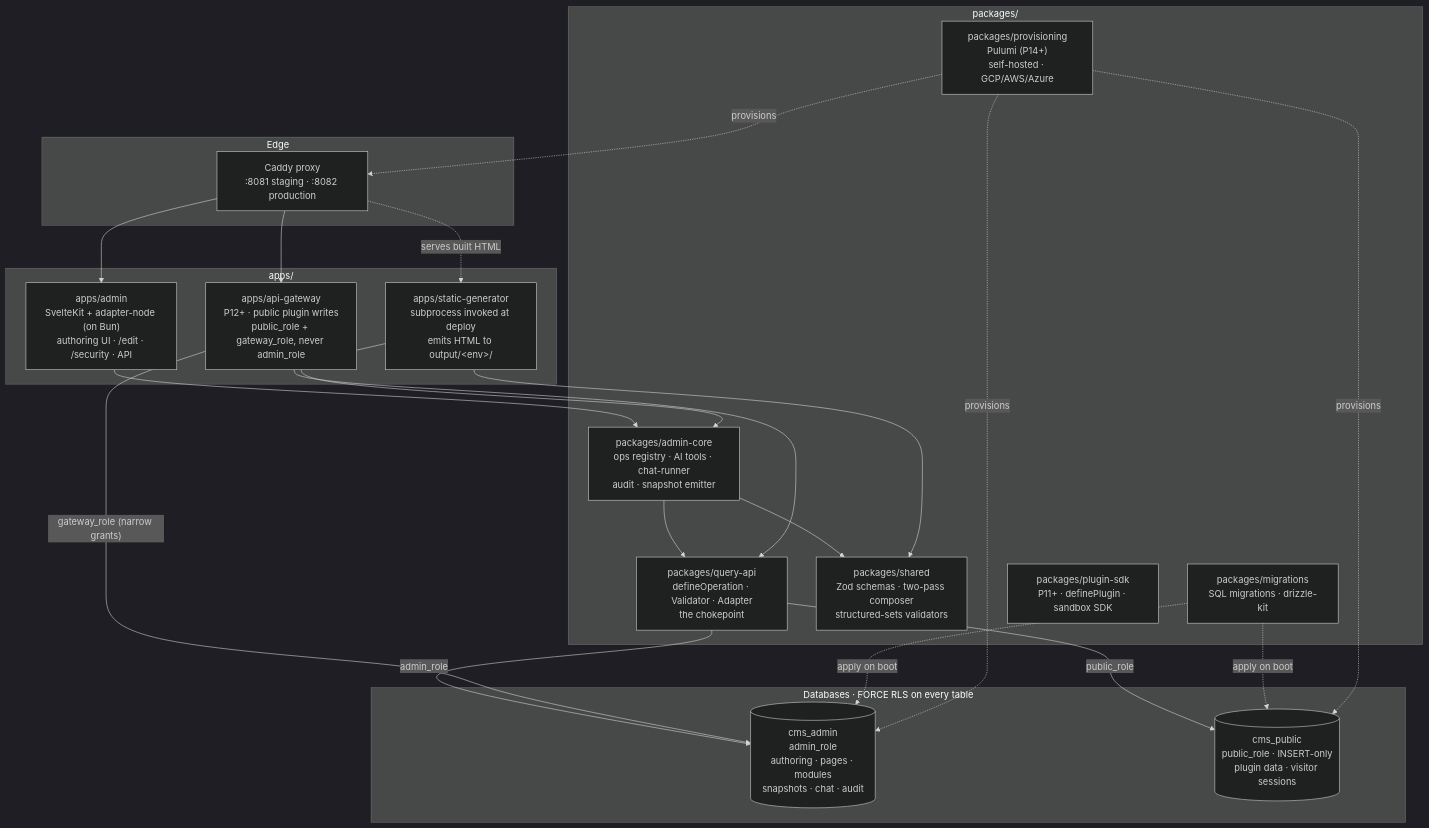
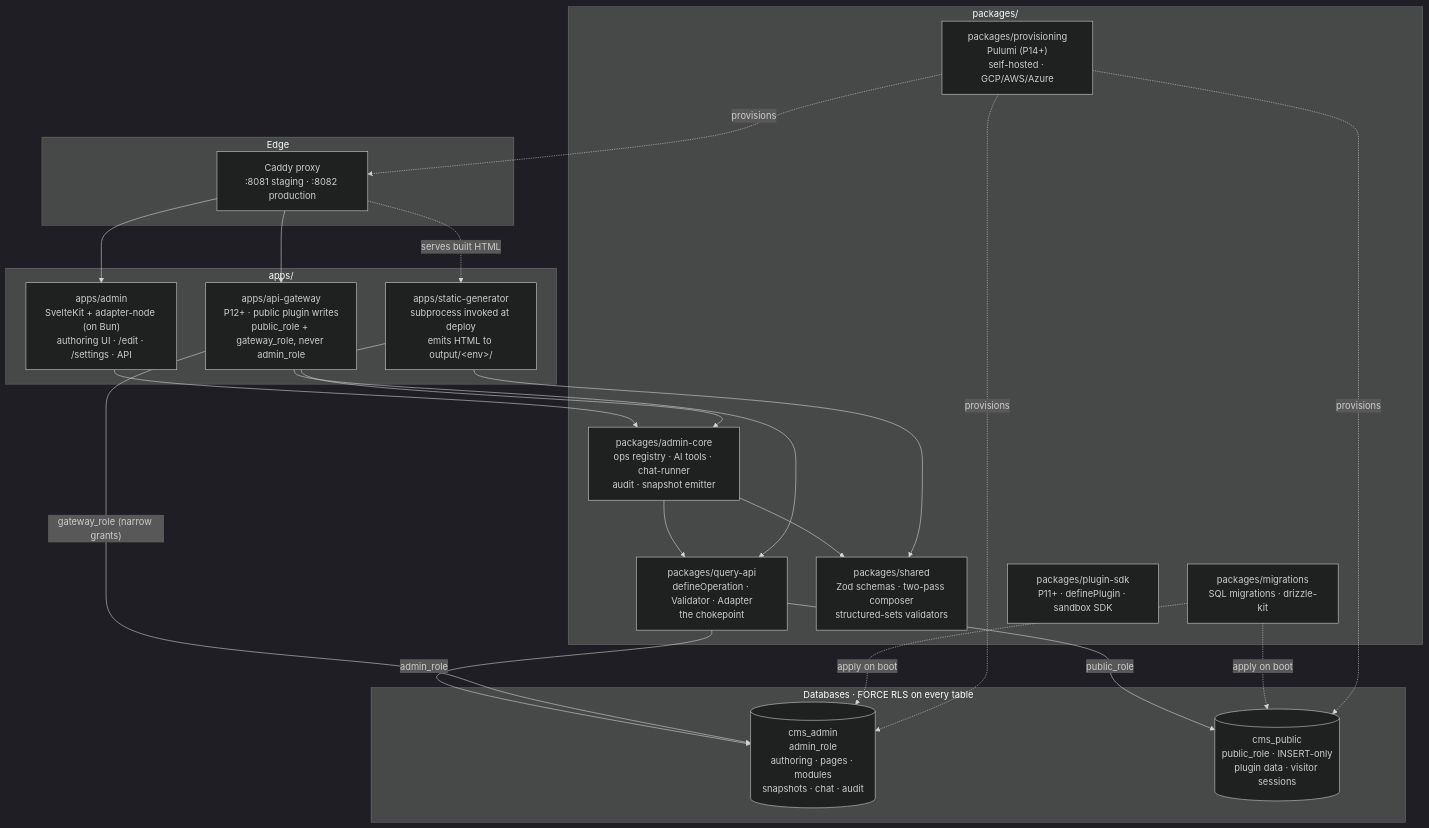
Before and after one commit to caelo-cms/caelo-cms: the first of 4 diagrams in ARCHITECTURE.md, drawn with Mermaid (dark theme). The commit also changed other lines of this file and 420 other files, not shown here.

````diff
--- a/ARCHITECTURE.md
+++ b/ARCHITECTURE.md
@@ -11,48 +11,48 @@
 ```mermaid
 graph TD
   subgraph edge["Edge"]
     Caddy["Caddy proxy<br/>:8081 staging · :8082 production"]
   end
 
   subgraph apps["apps/"]
-    Admin["apps/admin<br/>SvelteKit + adapter-node (on Bun)<br/>authoring UI · /edit · /security · API"]
+    Admin["apps/admin<br/>SvelteKit + adapter-node (on Bun)<br/>authoring UI · /edit · /settings · API"]
     StaticGen["apps/static-generator<br/>subprocess invoked at deploy<br/>emits HTML to output/&lt;env&gt;/"]
     Gateway["apps/api-gateway<br/>P12+ · public plugin writes<br/>public_role + gateway_role, never admin_role"]
   end
 
   subgraph pkgs["packages/"]
     AdminCore["packages/admin-core<br/>ops registry · AI tools · chat-runner<br/>audit · snapshot emitter"]
     QueryApi["packages/query-api<br/>defineOperation · Validator · Adapter<br/>the chokepoint"]
     Shared["packages/shared<br/>Zod schemas · two-pass composer<br/>structured-sets validators"]
     Migrations["packages/migrations<br/>SQL migrations · drizzle-kit"]
     Provisioning["packages/provisioning<br/>Pulumi (P14+)<br/>self-hosted · GCP/AWS/Azure"]
     PluginSdk["packages/plugin-sdk<br/>P11+ · definePlugin · sandbox SDK"]
   end
 
   subgraph dbs["Databases · FORCE RLS on every table"]
     CmsAdmin[("cms_admin<br/>admin_role<br/>authoring · pages · modules<br/>snapshots · chat · audit")]
     CmsPublic[("cms_public<br/>public_role · INSERT-only<br/>plugin data · visitor sessions")]
   end
 
   Caddy --> Admin
   Caddy --> Gateway
   Caddy -. serves built HTML .-> StaticGen
 
   Admin --> AdminCore
   AdminCore --> QueryApi
   AdminCore --> Shared
   Gateway --> QueryApi
   StaticGen --> AdminCore
   StaticGen --> Shared
 
   QueryApi -- admin_role --> CmsAdmin
   QueryApi -- public_role --> CmsPublic
   Gateway -- "gateway_role (narrow grants)" --> CmsAdmin
 
   Migrations -. apply on boot .-> CmsAdmin
   Migrations -. apply on boot .-> CmsPublic
 
   Provisioning -. provisions .-> Caddy
   Provisioning -. provisions .-> CmsAdmin
   Provisioning -. provisions .-> CmsPublic
 ```
````
